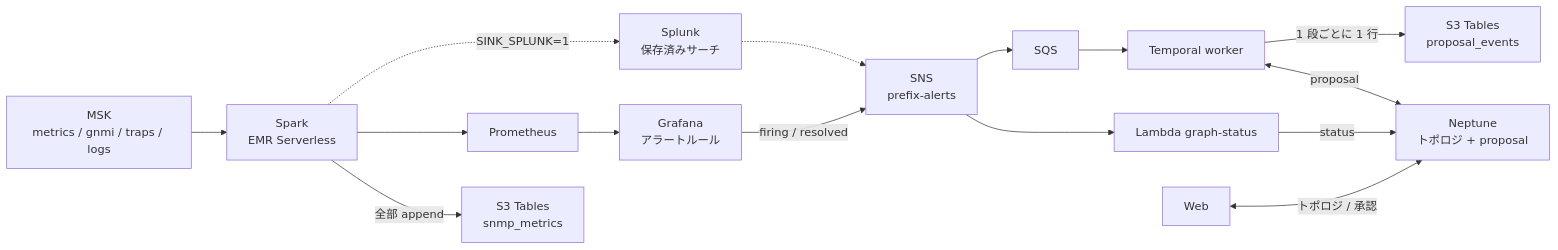
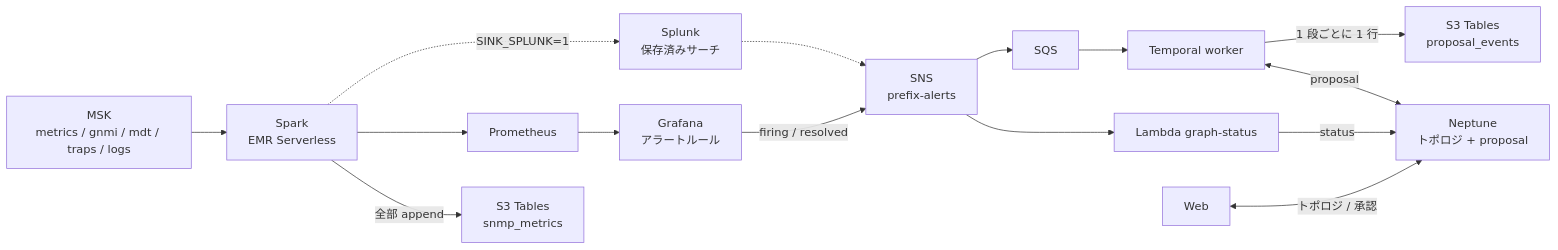
The first of 2 diagrams in docs/data-stores.md (eddie-eights/cf-netops-sandbox), drawn with Mermaid before and after one commit. The commit also changed other lines of this file and 21 other files, not shown here.

````diff
--- a/docs/data-stores.md
+++ b/docs/data-stores.md
@@ -27,14 +27,14 @@
 ```mermaid
 flowchart LR
-  MSK["MSK<br/>metrics / gnmi / traps / logs"] --> SPARK["Spark<br/>EMR Serverless"]
+  MSK["MSK<br/>metrics / gnmi / mdt / traps / logs"] --> SPARK["Spark<br/>EMR Serverless"]
   SPARK -->|"全部 append"| ICE["S3 Tables<br/>snmp_metrics"]
   SPARK --> PROM["Prometheus"] --> GRAF["Grafana<br/>アラートルール"]
   SPARK -.->|"SINK_SPLUNK=1"| SPL["Splunk<br/>保存済みサーチ"]
   GRAF -->|"firing / resolved"| SNS["SNS<br/>prefix-alerts"]
   SPL -.-> SNS
   SNS --> GL["Lambda graph-status"] -->|"status"| NEP["Neptune<br/>トポロジ + proposal"]
   SNS --> SQS["SQS"] --> WK["Temporal worker"]
   WK <-->|"proposal"| NEP
   WK -->|"1 段ごとに 1 行"| PEV["S3 Tables<br/>proposal_events"]
   WEB["Web"] <-->|"トポロジ / 承認"| NEP
 ```
````
